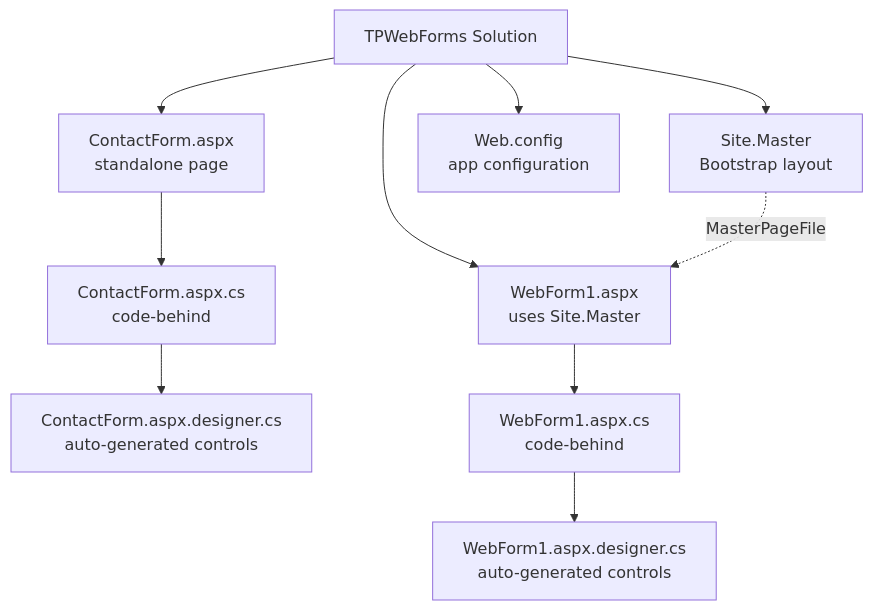
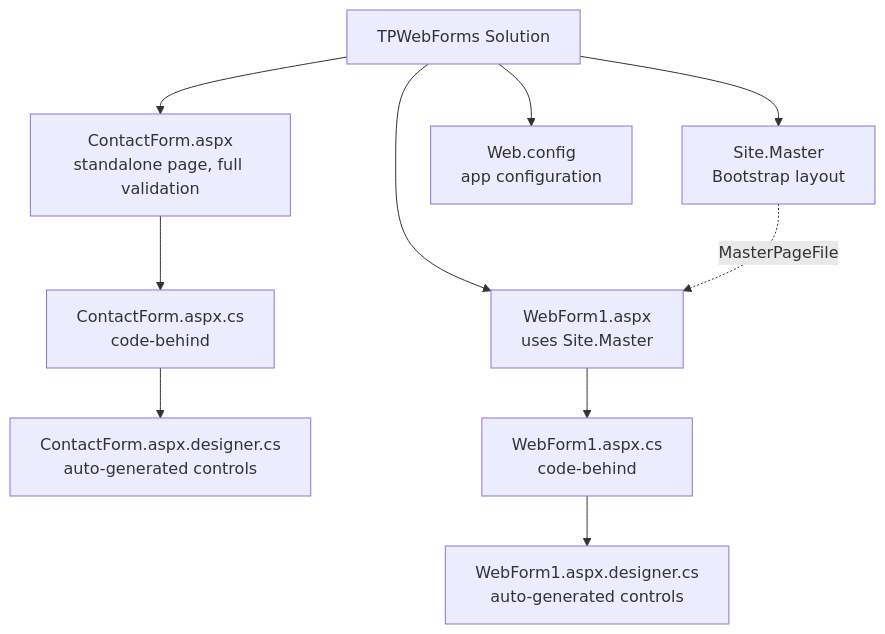
Before and after one commit to Lagmouchyoussef/aspnet-webforms-contact-form: the second of 5 diagrams in README.md, drawn with Mermaid. The commit also changed other lines of this file and 6 other files, not shown here.

````diff
--- a/README.md
+++ b/README.md
@@ -142,17 +120,17 @@
 ```mermaid
 flowchart TD
     Solution[TPWebForms Solution]
 
     Solution --> SiteMaster[Site.Master<br/>Bootstrap layout]
-    Solution --> ContactForm[ContactForm.aspx<br/>standalone page]
+    Solution --> ContactForm[ContactForm.aspx<br/>standalone page, full validation]
     Solution --> WebForm1[WebForm1.aspx<br/>uses Site.Master]
     Solution --> WebConfig[Web.config<br/>app configuration]
 
     ContactForm --> ContactFormCS[ContactForm.aspx.cs<br/>code-behind]
     ContactFormCS --> ContactFormDesigner[ContactForm.aspx.designer.cs<br/>auto-generated controls]
 
     WebForm1 --> WebForm1CS[WebForm1.aspx.cs<br/>code-behind]
     WebForm1CS --> WebForm1Designer[WebForm1.aspx.designer.cs<br/>auto-generated controls]
 
     SiteMaster -. MasterPageFile .-> WebForm1
 ```
````
